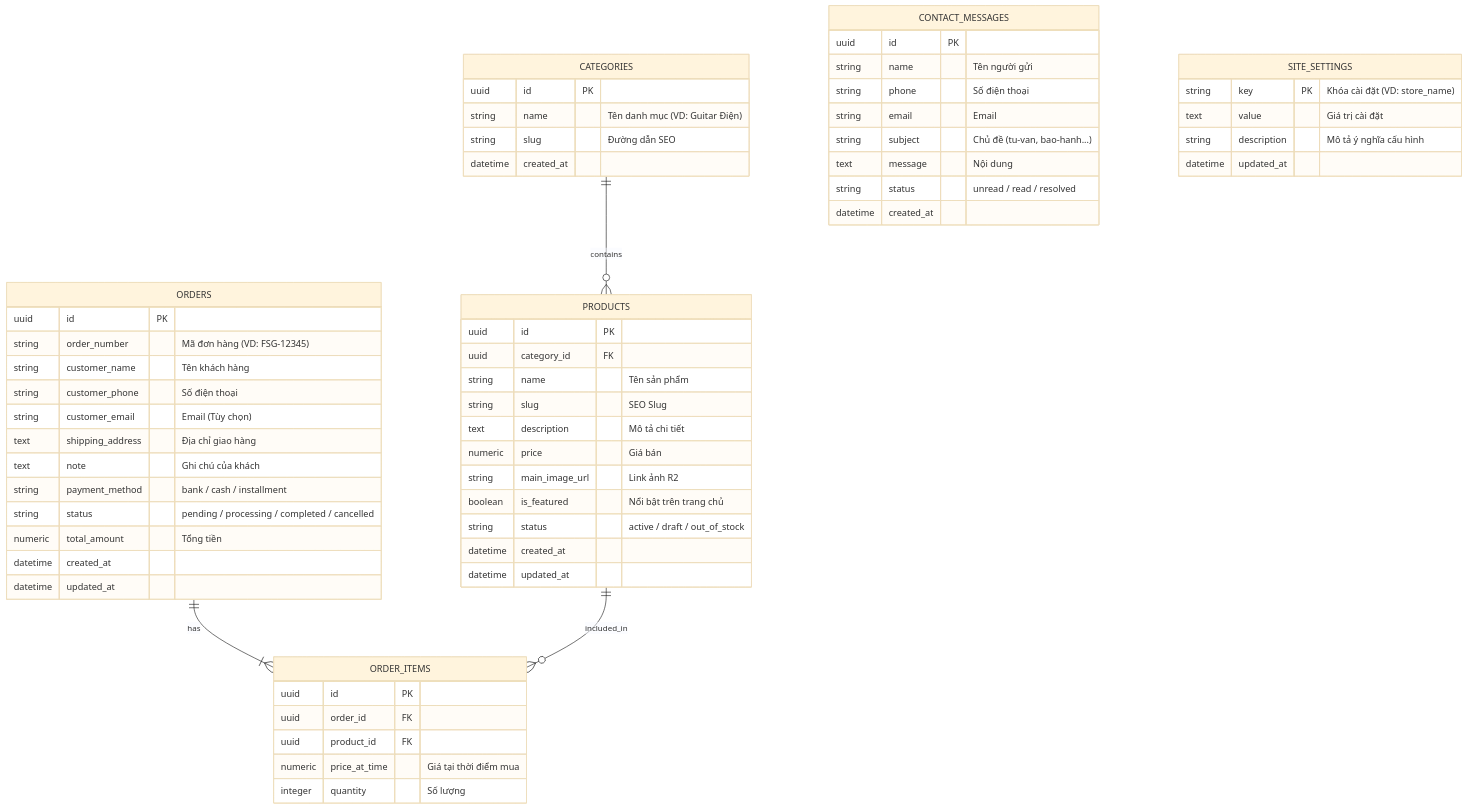
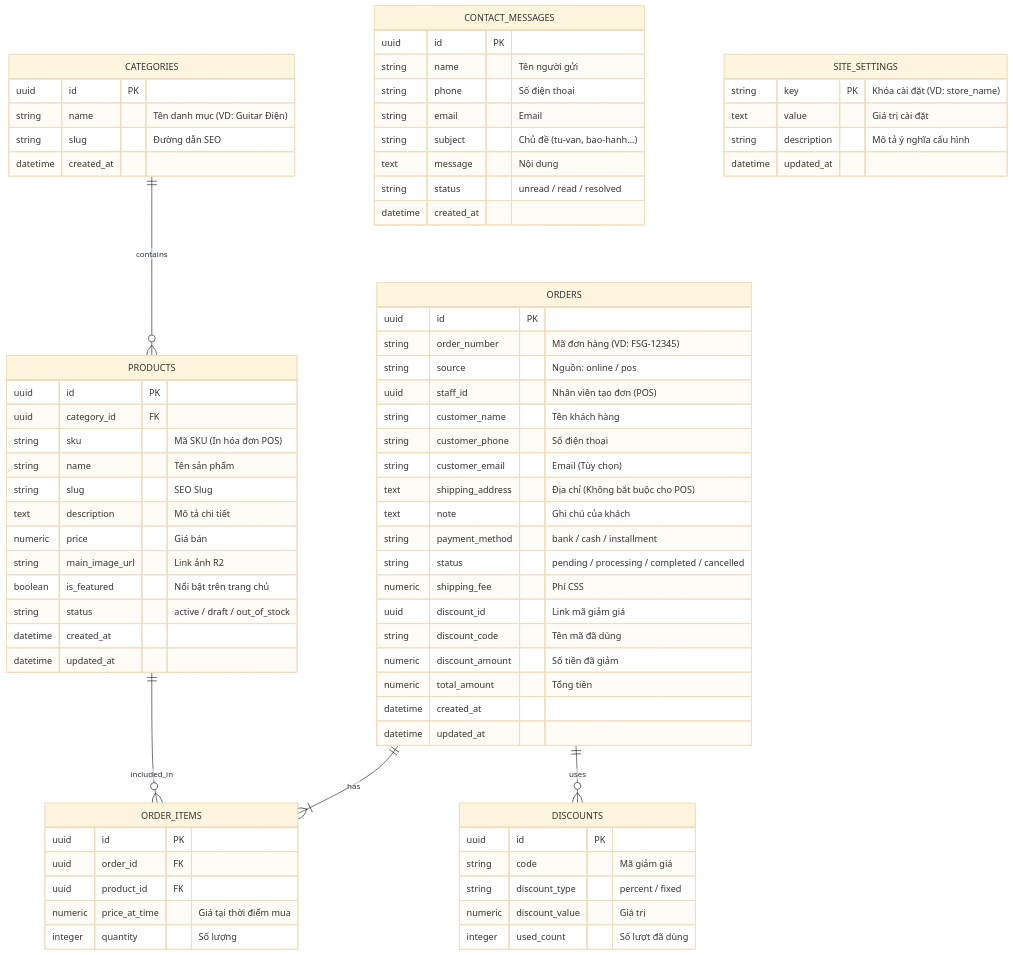
The diagram in supabase/database_schema.md (V101011111100/flysky-guitar), drawn with Mermaid (base theme) before and after one commit. The commit also changed other lines of this file and 34 other files, not shown here.

````diff
--- a/supabase/database_schema.md
+++ b/supabase/database_schema.md
@@ -18,6 +18,7 @@
     PRODUCTS {
         uuid id PK
         uuid category_id FK
+        string sku "Mã SKU (In hóa đơn POS)"
         string name "Tên sản phẩm"
         string slug "SEO Slug"
         text description "Mô tả chi tiết"
@@ -32,16 +33,30 @@
     ORDERS {
         uuid id PK
         string order_number "Mã đơn hàng (VD: FSG-12345)"
+        string source "Nguồn: online / pos"
+        uuid staff_id "Nhân viên tạo đơn (POS)"
         string customer_name "Tên khách hàng"
         string customer_phone "Số điện thoại"
         string customer_email "Email (Tùy chọn)"
-        text shipping_address "Địa chỉ giao hàng"
+        text shipping_address "Địa chỉ (Không bắt buộc cho POS)"
         text note "Ghi chú của khách"
         string payment_method "bank / cash / installment"
         string status "pending / processing / completed / cancelled"
+        numeric shipping_fee "Phí CSS"
+        uuid discount_id "Link mã giảm giá"
+        string discount_code "Tên mã đã dùng"
+        numeric discount_amount "Số tiền đã giảm"
         numeric total_amount "Tổng tiền"
         datetime created_at
         datetime updated_at
+    }
+
+    DISCOUNTS {
+        uuid id PK
+        string code "Mã giảm giá"
+        string discount_type "percent / fixed"
+        numeric discount_value "Giá trị"
+        integer used_count "Số lượt đã dùng"
     }
 
     ORDER_ITEMS {
@@ -73,4 +88,5 @@
     CATEGORIES ||--o{ PRODUCTS : "contains"
     ORDERS ||--|{ ORDER_ITEMS : "has"
     PRODUCTS ||--o{ ORDER_ITEMS : "included_in"
+    ORDERS ||--o{ DISCOUNTS : "uses"
 ```
````
